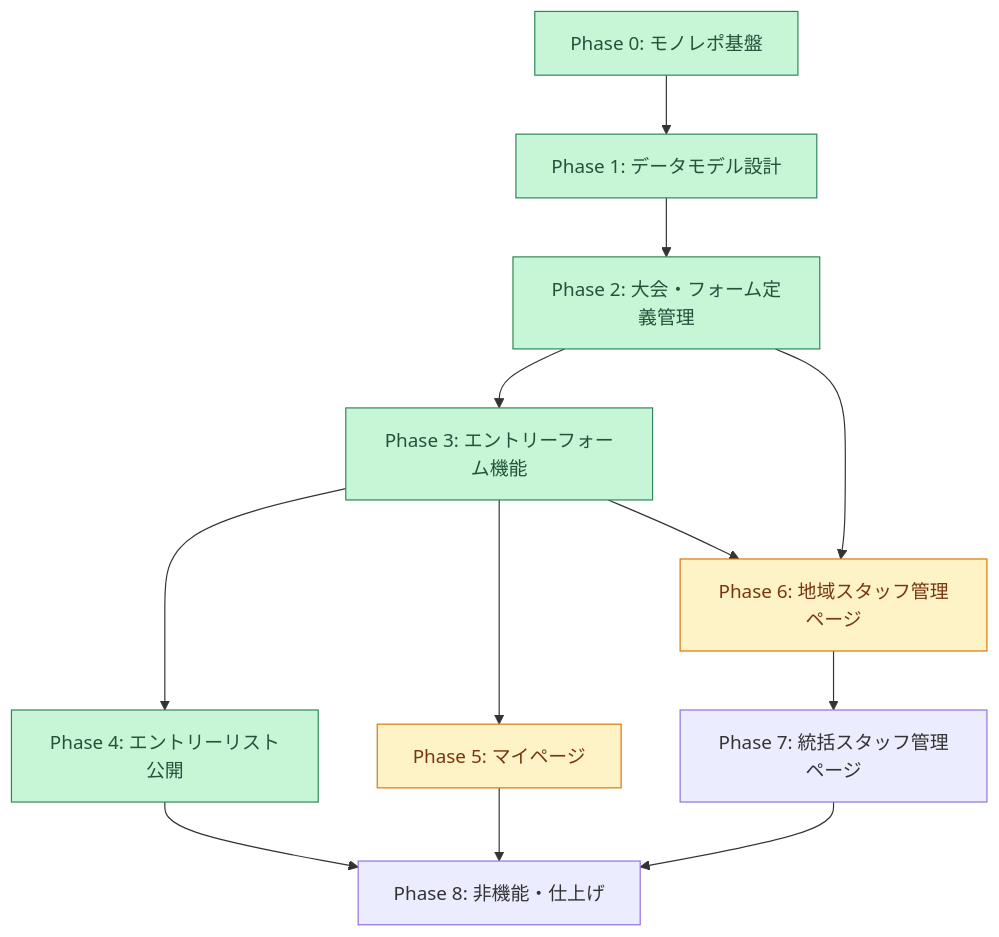
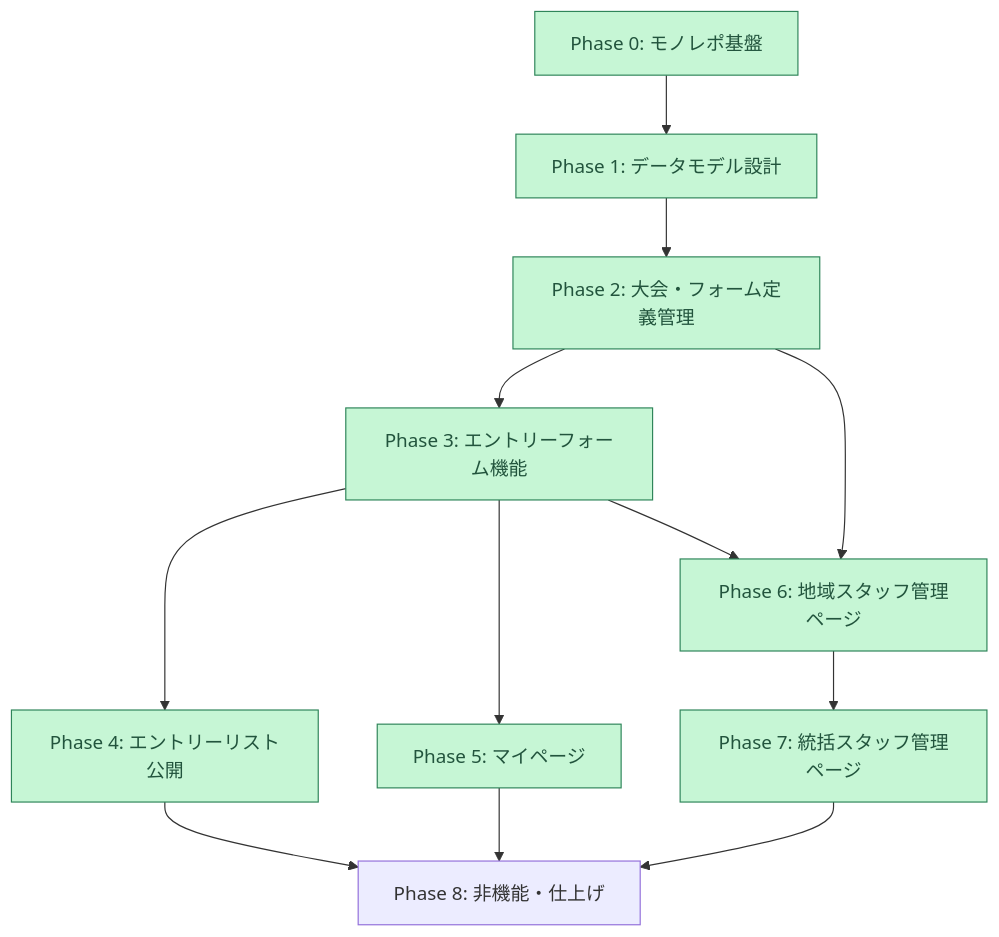
One commit to m-uesaka/regional-quiz-entry-form changed the first of 8 diagrams in tasks.md. Above: the diagram before and after it, drawn with Mermaid. The commit also changed other lines of this file and 16 other files, not shown here.

````diff
--- a/tasks.md
+++ b/tasks.md
@@ -68,17 +68,17 @@
 ```mermaid
 graph TD
   P0["Phase 0: モノレポ基盤"]:::done --> P1["Phase 1: データモデル設計"]:::done
   P1 --> P2["Phase 2: 大会・フォーム定義管理"]:::done
   P2 --> P3["Phase 3: エントリーフォーム機能"]:::done
   P3 --> P4["Phase 4: エントリーリスト公開"]:::done
-  P3 --> P5["Phase 5: マイページ"]:::wip
-  P2 --> P6["Phase 6: 地域スタッフ管理ページ"]:::wip
+  P3 --> P5["Phase 5: マイページ"]:::done
+  P2 --> P6["Phase 6: 地域スタッフ管理ページ"]:::done
   P3 --> P6
-  P6 --> P7["Phase 7: 統括スタッフ管理ページ"]
+  P6 --> P7["Phase 7: 統括スタッフ管理ページ"]:::done
   P4 --> P8["Phase 8: 非機能・仕上げ"]
   P5 --> P8
   P7 --> P8
 
   classDef done fill:#c6f6d5,stroke:#2f855a,color:#22543d;
   classDef wip fill:#fef3c7,stroke:#d97706,color:#78350f;
 ```
````
